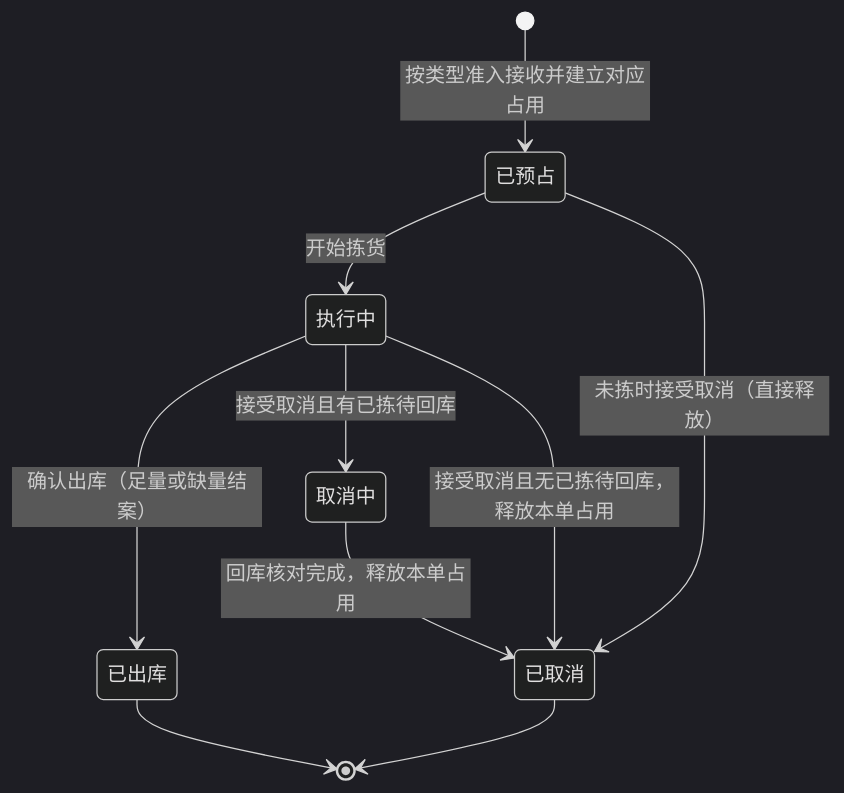
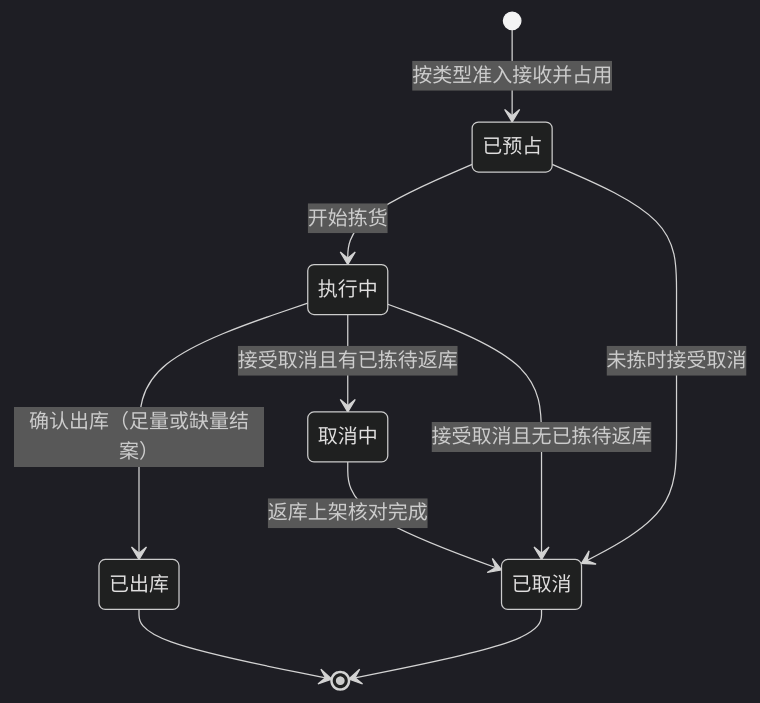
One commit to TopVitamin/QS-WMS-Project changed the second of 4 diagrams in 05-应用设计方案/20261002-MVP版本/系统架构设计/03-单据与状态流转.md. Above: the diagram before and after it, drawn with Mermaid (dark theme). The commit also changed other lines of this file and 82 other files, not shown here.

````diff
--- a/05-应用设计方案/20261002-MVP版本/系统架构设计/03-单据与状态流转.md
+++ b/05-应用设计方案/20261002-MVP版本/系统架构设计/03-单据与状态流转.md
@@ -66,12 +70,12 @@
 ```mermaid
 stateDiagram-v2
-    [*] --> 已预占: 按类型准入接收并建立对应占用
+    [*] --> 已预占: 按类型准入接收并占用
     已预占 --> 执行中: 开始拣货
-    已预占 --> 已取消: 未拣时接受取消（直接释放）
+    已预占 --> 已取消: 未拣时接受取消
     执行中 --> 已出库: 确认出库（足量或缺量结案）
-    执行中 --> 取消中: 接受取消且有已拣待回库
-    执行中 --> 已取消: 接受取消且无已拣待回库，释放本单占用
-    取消中 --> 已取消: 回库核对完成，释放本单占用
+    执行中 --> 取消中: 接受取消且有已拣待返库
+    执行中 --> 已取消: 接受取消且无已拣待返库
+    取消中 --> 已取消: 返库上架核对完成
     已出库 --> [*]
     已取消 --> [*]
 ```
````
